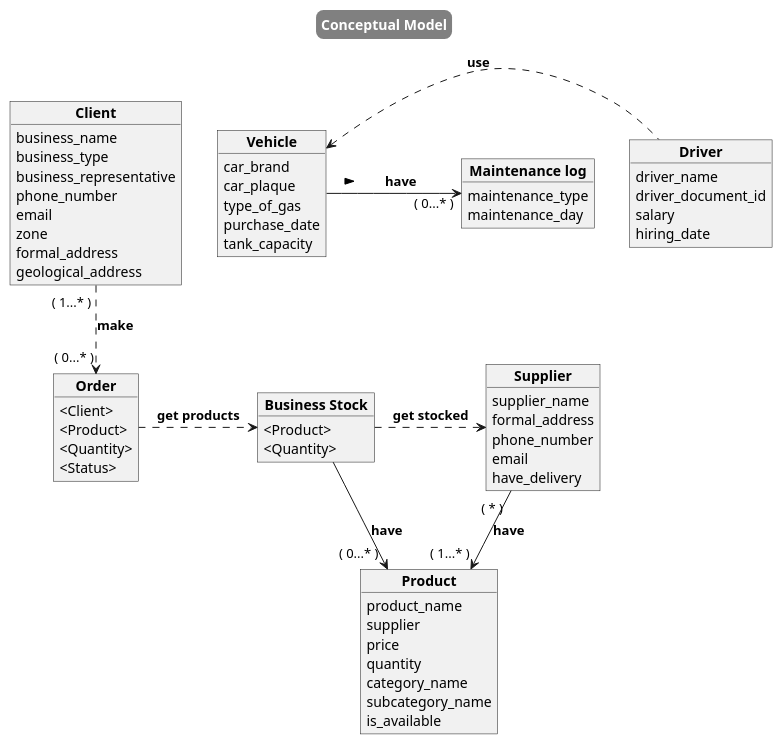
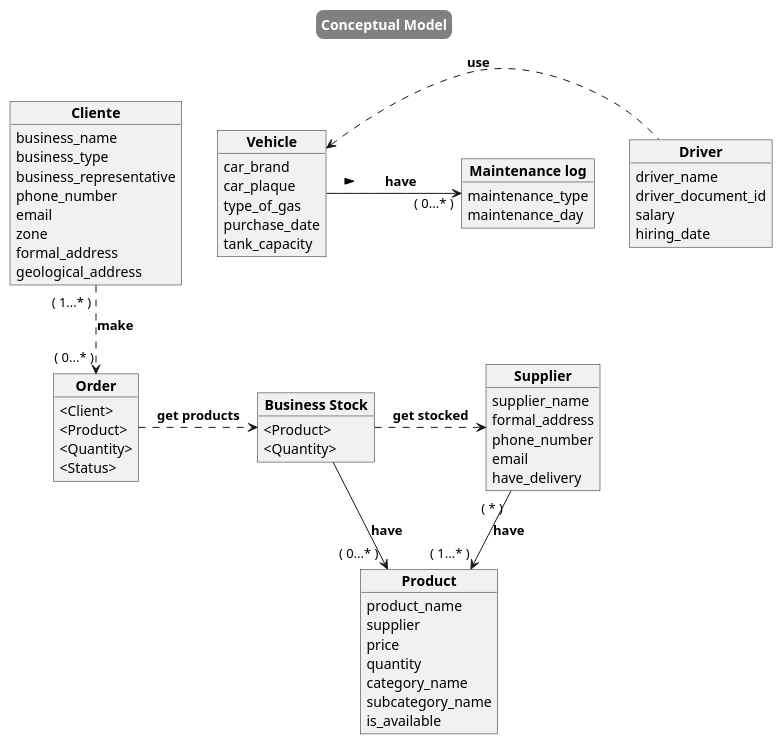
Before and after one commit to hros19/CorreCaminos-management-system: the diagram in database_diagram.puml, drawn with PlantUML.

```diff
--- a/database_diagram.puml
+++ b/database_diagram.puml
@@ -1,79 +1,79 @@
 @startuml Conceptual Database Model
 
 skinparam TitleBorderRoundCorner 15
 skinparam TitleBorderThickness 3
 skinparam TitleBackgroundColor gray
 skinparam TitleFontColor white
 
 title Conceptual Model
 
-object "**Client**" as Client {
+object "**Cliente**" as Client {
     business_name
     business_type
     business_representative
     phone_number
     email
     zone
     formal_address
     geological_address
 }
 
 object "**Driver**" as Driver {
     driver_name
     driver_document_id
     salary
     hiring_date
 }
  
 object "**Vehicle**" as Vehicle {
     car_brand
     car_plaque
     type_of_gas
     purchase_date
     tank_capacity
 }
 
 object "**Maintenance log**" as MaintenanceLog {
     maintenance_type
     maintenance_day
 }
 
 object "**Business Stock**" as BusinessStock {
     <Product> 
     <Quantity>
 }
 
 object "**Order**" as Order {
     <Client>
     <Product> 
     <Quantity>
     <Status>
 }
 
 object "**Product**" as Product {
     product_name
     supplier
     price
     quantity
     category_name
     subcategory_name
     is_available
 }
 
 object "**Supplier**" as Supplier {
     supplier_name
     formal_address
     phone_number
     email
     have_delivery
 }
 
 BusinessStock .> Supplier : "**get stocked**"
 Vehicle  <. Driver : "**use**"
 Client " ( 1...* ) " ..> "( 0...* )" Order : "**make**"
 Supplier " ( * ) " --> " ( 1...* ) " Product : "**have**"
 Product " ( 0...* ) " <-- BusinessStock : "**have**" 
 Order .> BusinessStock : "**get products**"
 Vehicle -> "( 0...* )" MaintenanceLog : \t**have**\t >
 
 @enduml
```
